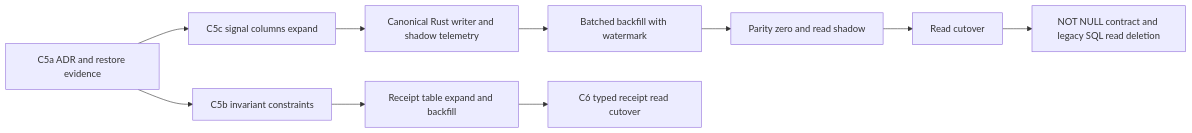
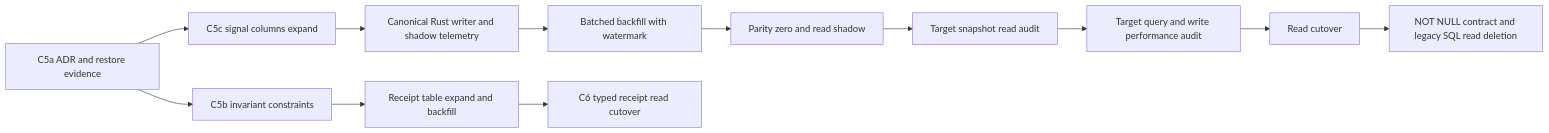
The diagram in docs/refactor/cyanflow-c5-import-schema-expand-contract-adr-2026-08-17.md (hcy0317/bill_analyser), drawn with Mermaid before and after one commit. The commit also changed other lines of this file and 16 other files, not shown here.

````diff
--- a/docs/refactor/cyanflow-c5-import-schema-expand-contract-adr-2026-08-17.md
+++ b/docs/refactor/cyanflow-c5-import-schema-expand-contract-adr-2026-08-17.md
@@ -126,12 +126,14 @@
 ```mermaid
 flowchart LR
     A["C5a ADR and restore evidence"] --> B["C5b invariant constraints"]
     A --> C["C5c signal columns expand"]
     C --> D["Canonical Rust writer and shadow telemetry"]
     D --> E["Batched backfill with watermark"]
     E --> F["Parity zero and read shadow"]
-    F --> G["Read cutover"]
-    G --> H["NOT NULL contract and legacy SQL read deletion"]
+    F --> G["Target snapshot read audit"]
+    G --> H["Target query and write performance audit"]
+    H --> K["Read cutover"]
+    K --> L["NOT NULL contract and legacy SQL read deletion"]
     B --> I["Receipt table expand and backfill"]
     I --> J["C6 typed receipt read cutover"]
 ```
````
